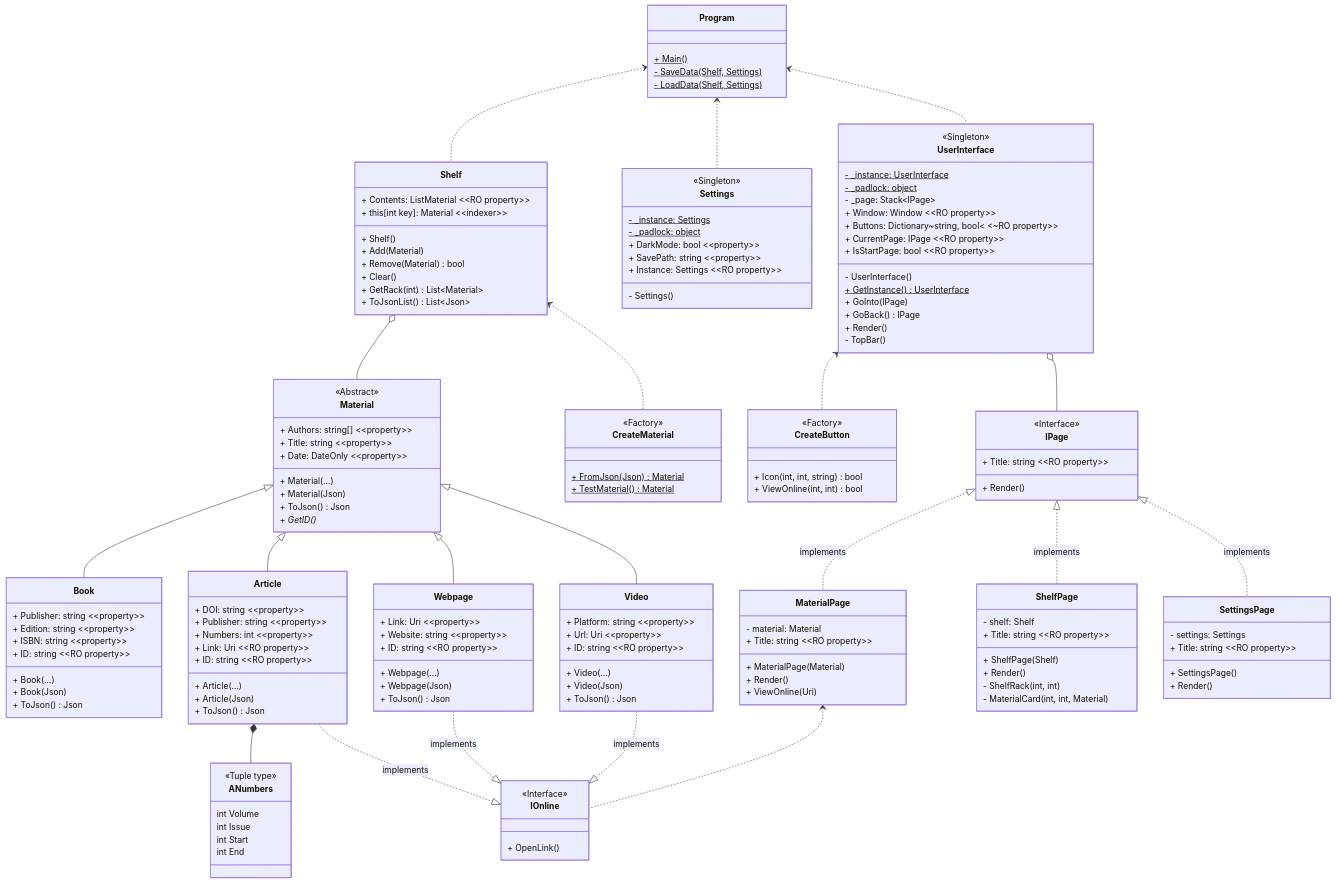
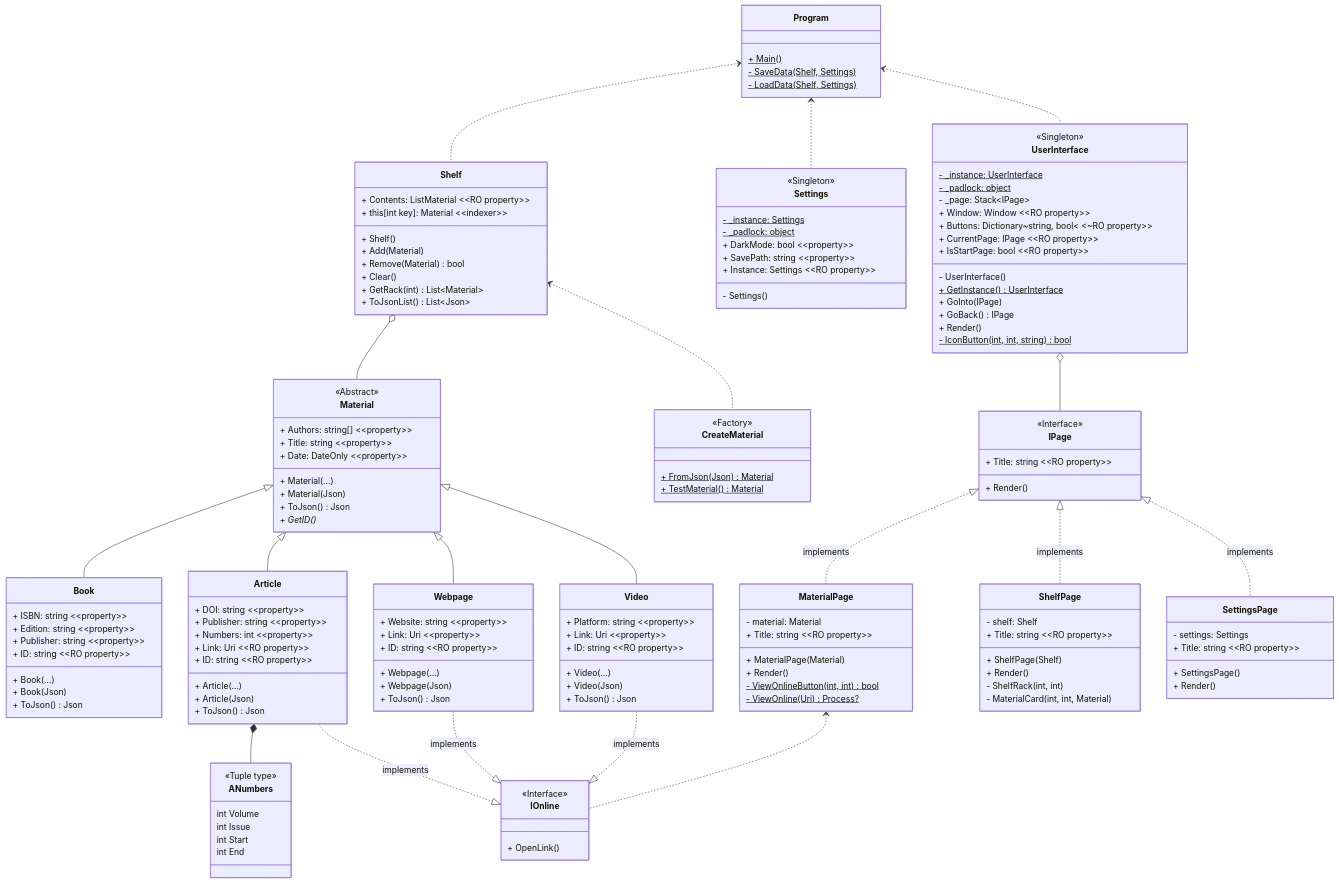
Before and after one commit to TuritoYuenan/personal-library: the diagram in Class Diagram.md, drawn with Mermaid. The commit also changed 2 other files, not shown here.

Commit message:
change Settings.DarkMode to Settings.Appearance (use Splashkit.InterfaceStyle); update diagram

```diff
--- a/Class Diagram.md
+++ b/Class Diagram.md
@@ -7,7 +7,6 @@
 Program <.. Shelf
 Program <.. Settings
 Program <.. UserInterface
-
 
 Shelf o-- Material
 Shelf <.. CreateMaterial
@@ -22,7 +21,6 @@
 Video ..|> IOnline: implements
 MaterialPage <.. IOnline
 
-UserInterface <.. CreateButton
 UserInterface o-- IPage
 IPage <|.. MaterialPage: implements
 IPage <|.. ShelfPage: implements
@@ -83,9 +81,9 @@
 	+ GetID()*
 }
 class Book {
+	+ ISBN: string ~~property~~
+	+ Edition: string ~~property~~
 	+ Publisher: string ~~property~~
-	+ Edition: string ~~property~~
-	+ ISBN: string ~~property~~
 	+ ID: string ~~RO property~~
 	+ Book(...)
 	+ Book(Json)
@@ -102,8 +100,8 @@
 	+ ToJson() Json
 }
 class Webpage {
+	+ Website: string ~~property~~
 	+ Link: Uri ~~property~~
-	+ Website: string ~~property~~
 	+ ID: string ~~RO property~~
 	+ Webpage(...)
 	+ Webpage(Json)
@@ -111,7 +109,7 @@
 }
 class Video {
 	+ Platform: string ~~property~~
-	+ Url: Uri ~~property~~
+	+ Link: Uri ~~property~~
 	+ ID: string ~~RO property~~
 	+ Video(...)
 	+ Video(Json)
@@ -127,11 +125,6 @@
 
 %% Views
 
-class CreateButton {
-	<<Factory>>
-	+ Icon(int, int, string) bool
-	+ ViewOnline(int, int) bool
-}
 class UserInterface {
 	<<Singleton>>
 	- _instance: UserInterface$
@@ -146,14 +139,15 @@
 	+ GoInto(IPage)
 	+ GoBack() IPage
 	+ Render()
-	- TopBar()
+	- IconButton(int, int, string)$ bool
 }
 class MaterialPage {
 	- material: Material
 	+ Title: string ~~RO property~~
 	+ MaterialPage(Material)
 	+ Render()
-	+ ViewOnline(Uri)
+	- ViewOnlineButton(int, int)$ bool
+	- ViewOnline(Uri) Process?$
 }
 class SettingsPage {
 	- settings: Settings
```
